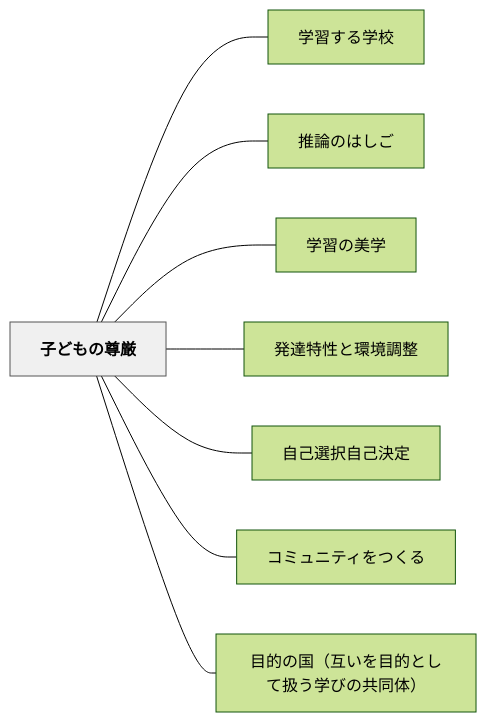
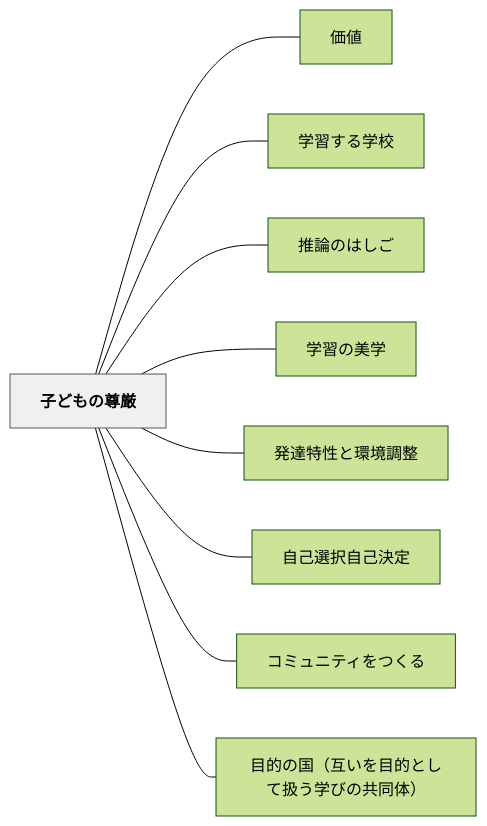
One commit to unknownthings-ed-patterns/unknownthings-ed-patterns changed the diagram in content/パタン/子どもの尊厳.md. Above: the diagram before and after it, drawn with Mermaid (forest theme). The commit also changed other lines of this file and 7 other files, not shown here.

````diff
--- a/content/パタン/子どもの尊厳.md
+++ b/content/パタン/子どもの尊厳.md
@@ -133,22 +134,24 @@
 ```mermaid
 flowchart LR
     ne5ad90e381a9e38282e381aee5b08ae58eb3["子どもの尊厳"]
+    ne4bea1e580a4["価値"]
     ne5ada6e7bf92e38199e3828be5ada6e6a0a1["学習する学校"]
     ne68ea8e8ab96e381aee381afe38197e38194["推論のはしご"]
     ne5ada6e7bf92e381aee7be8ee5ada6["学習の美学"]
     ne799bae98194e789b9e680a7e381a8e792b0e5a283e8aabfe695b4["発達特性と環境調整"]
     ne887aae5b7b1e981b8e68a9ee887aae5b7b1e6b1bae5ae9a["自己選択自己決定"]
     ne382b3e3839fe383a5e3838be38386e382a3e38292e381a4e3818fe3828b["コミュニティをつくる"]
     ne79baee79a84e381aee59bbdefbc88e4ba92e38184e38292e79baee79a84e381a8e38197e381a6e689b1e38186e5ada6e381b3e381aee585b1e5908ce4bd93efbc89["目的の国（互いを目的として扱う学びの共同体）"]
 
+    ne5ad90e381a9e38282e381aee5b08ae58eb3 --- ne4bea1e580a4
     ne5ad90e381a9e38282e381aee5b08ae58eb3 --- ne5ada6e7bf92e38199e3828be5ada6e6a0a1
     ne5ad90e381a9e38282e381aee5b08ae58eb3 --- ne68ea8e8ab96e381aee381afe38197e38194
     ne5ad90e381a9e38282e381aee5b08ae58eb3 --- ne5ada6e7bf92e381aee7be8ee5ada6
     ne5ad90e381a9e38282e381aee5b08ae58eb3 --- ne799bae98194e789b9e680a7e381a8e792b0e5a283e8aabfe695b4
     ne5ad90e381a9e38282e381aee5b08ae58eb3 --- ne887aae5b7b1e981b8e68a9ee887aae5b7b1e6b1bae5ae9a
     ne5ad90e381a9e38282e381aee5b08ae58eb3 --- ne382b3e3839fe383a5e3838be38386e382a3e38292e381a4e3818fe3828b
     ne5ad90e381a9e38282e381aee5b08ae58eb3 --- ne79baee79a84e381aee59bbdefbc88e4ba92e38184e38292e79baee79a84e381a8e38197e381a6e689b1e38186e5ada6e381b3e381aee585b1e5908ce4bd93efbc89
 
     classDef hub fill:#f0f0f0,stroke:#555,color:#000,font-weight:bold
     class ne5ad90e381a9e38282e381aee5b08ae58eb3 hub
 ```
````
